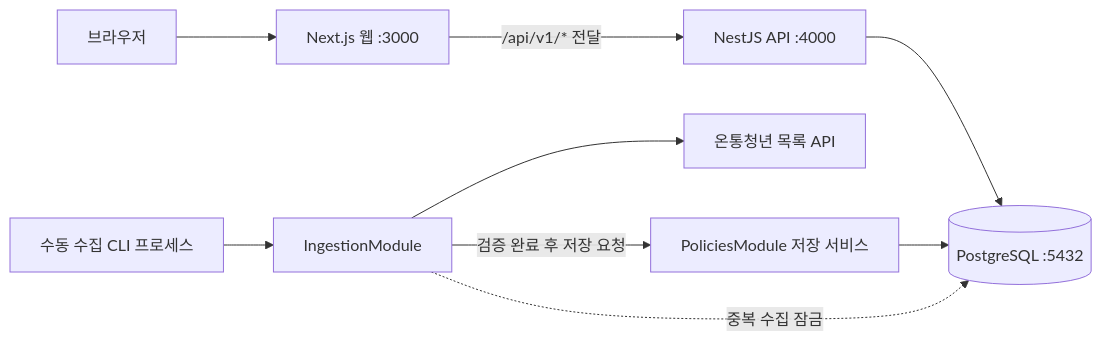
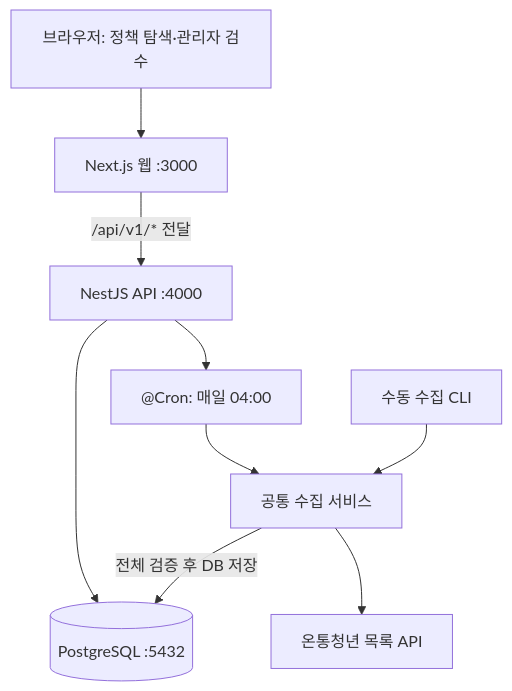
The first of 2 diagrams in docs/ARCHITECTURE.md (dohun03/youth-kkultong), drawn with Mermaid before and after one commit. The commit also changed other lines of this file and 5 other files, not shown here.

````diff
--- a/docs/ARCHITECTURE.md
+++ b/docs/ARCHITECTURE.md
@@ -43,11 +46,11 @@
 ```mermaid
-flowchart LR
-    U[브라우저] --> W[Next.js 웹 :3000]
-    W -->|/api/v1/* 전달| A[NestJS API :4000]
-    A --> D[(PostgreSQL :5432)]
-    C[수동 수집 CLI 프로세스] --> I[IngestionModule]
-    I --> Y[온통청년 목록 API]
-    I -->|검증 완료 후 저장 요청| P[PoliciesModule 저장 서비스]
-    P --> D
-    I -. 중복 수집 잠금 .-> D
+flowchart TD
+    U["브라우저: 정책 탐색·관리자 검수"] --> W["Next.js 웹 :3000"]
+    W -->|"/api/v1/* 전달"| A["NestJS API :4000"]
+    A --> D[("PostgreSQL :5432")]
+    A --> S["@Cron: 매일 04:00"]
+    S --> I["공통 수집 서비스"]
+    C["수동 수집 CLI"] --> I
+    I --> Y["온통청년 목록 API"]
+    I -->|"전체 검증 후 DB 저장"| D
 ```
````
